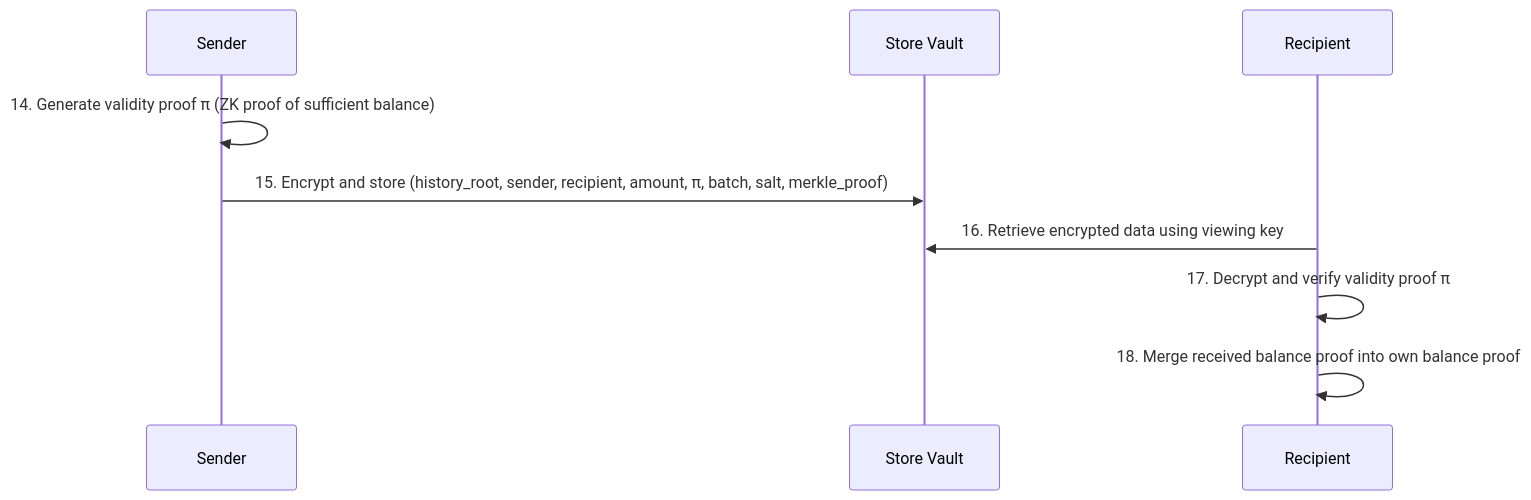
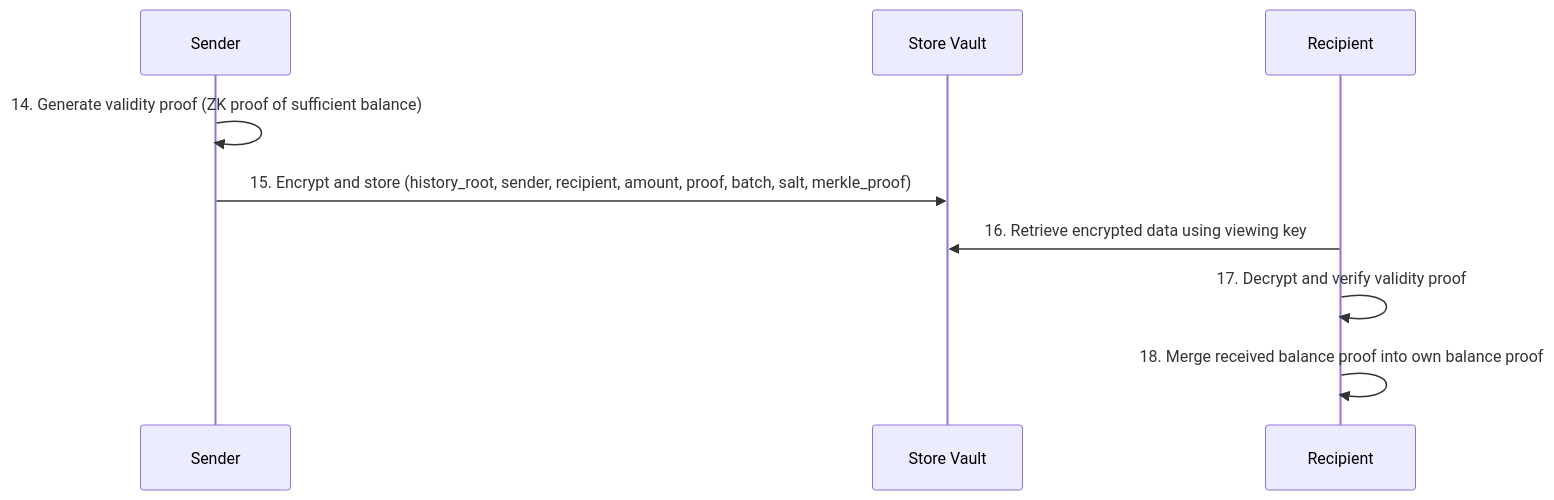
One commit to ethereum/iptf-pocs changed the fifth of 6 diagrams in pocs/private-payment/plasma/SPEC.md. Above: the diagram before and after it, drawn with Mermaid. The commit also changed other lines of this file, not shown here.

````diff
--- a/pocs/private-payment/plasma/SPEC.md
+++ b/pocs/private-payment/plasma/SPEC.md
@@ -428,12 +383,12 @@
 ```mermaid
 sequenceDiagram
     participant S as Sender
     participant SV as Store Vault
     participant Rec as Recipient
 
-    S->>S: 14. Generate validity proof π (ZK proof of sufficient balance)
-    S->>SV: 15. Encrypt and store (history_root, sender, recipient, amount, π, batch, salt, merkle_proof)
+    S->>S: 14. Generate validity proof (ZK proof of sufficient balance)
+    S->>SV: 15. Encrypt and store (history_root, sender, recipient, amount, proof, batch, salt, merkle_proof)
     Rec->>SV: 16. Retrieve encrypted data using viewing key
-    Rec->>Rec: 17. Decrypt and verify validity proof π
+    Rec->>Rec: 17. Decrypt and verify validity proof
     Rec->>Rec: 18. Merge received balance proof into own balance proof
 ```
````
